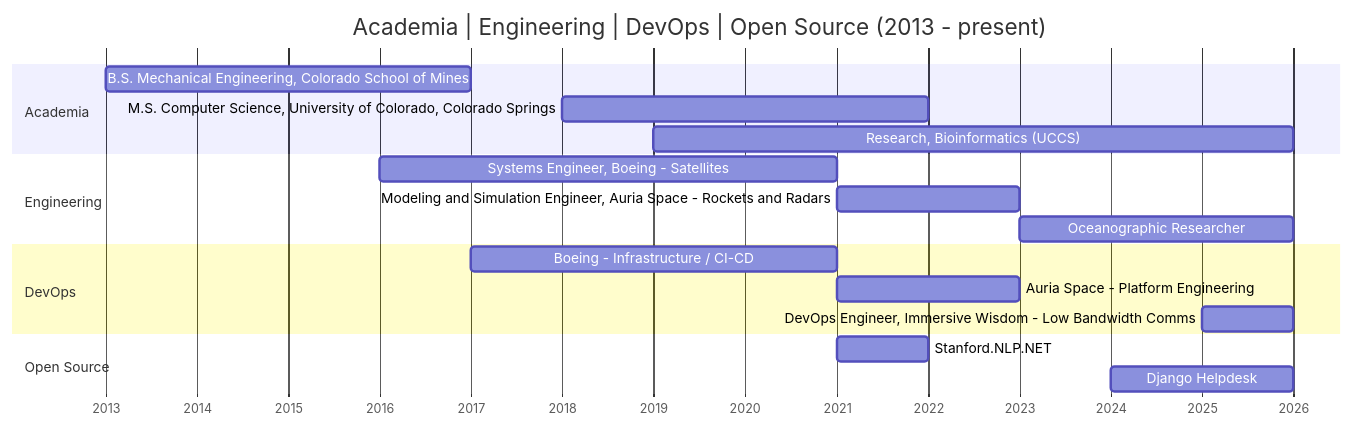
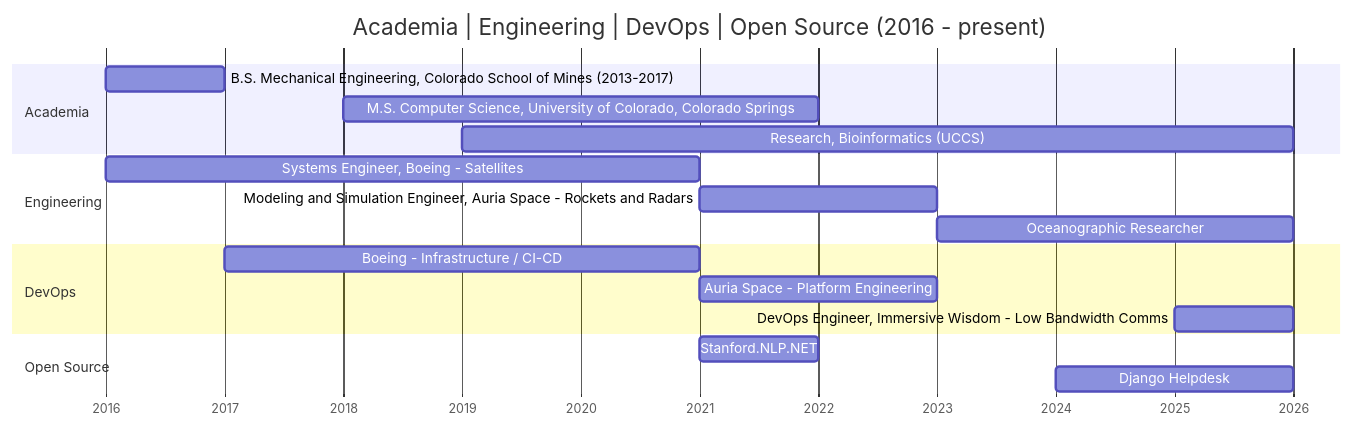
The diagram in README.md (DavidVadnais/DavidVadnais), drawn with Mermaid before and after one commit.

Commit message:
Update career timeline dates in README.md
instead of from start of college (2013) show from start of working (2016) for readability

````diff
--- a/README.md
+++ b/README.md
@@ -7,26 +7,26 @@
 ```mermaid
 gantt
-    title Academia | Engineering | DevOps | Open Source  (2013 - present)
+    title Academia | Engineering | DevOps | Open Source  (2016 - present)
     dateFormat  YYYY
     axisFormat  %Y
 
     section Academia
-    B.S. Mechanical Engineering, Colorado School of Mines              :a1, 2013, 2017
+    B.S. Mechanical Engineering, Colorado School of Mines (2013-2017)  :a1, 2016, 2017
     M.S. Computer Science, University of Colorado, Colorado Springs    :a2, 2018, 2022
     Research, Bioinformatics (UCCS)                                    :a3, 2019, 2026
 
     section Engineering
     Systems Engineer, Boeing - Satellites                              :e1, 2016, 2021
     Modeling and Simulation Engineer, Auria Space - Rockets and Radars :e2, 2021, 2023
     Oceanographic Researcher                                           :e3, 2023, 2026
 
     section DevOps
     Boeing - Infrastructure / CI-CD                                    :d1, 2017, 2021
     Auria Space - Platform Engineering                                 :d2, 2021, 2023
     DevOps Engineer, Immersive Wisdom - Low Bandwidth Comms            :d3, 2025, 2026
 
     section Open Source
     Stanford.NLP.NET                                                   :os1, 2021, 2022
-    Django Helpdesk                                                    :d2, 2024, 2026
+    Django Helpdesk                                                    :os2, 2024, 2026
 
 ```
````
